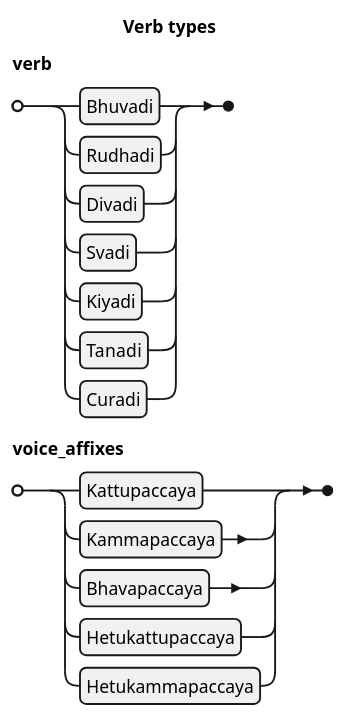
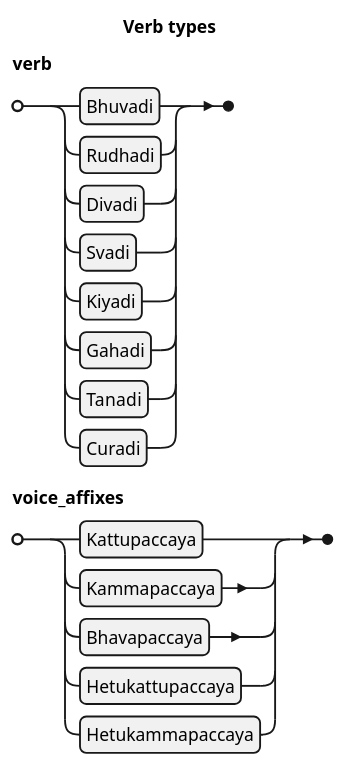
The ninth of 12 diagrams in src/content/docs/Pali Textbook/c-grammar.md (ChristineTham/buddhavacana), drawn with PlantUML before and after one commit. The commit also changed other lines of this file and 52 other files, not shown here.

````diff
--- a/src/content/docs/Pali Textbook/c-grammar.md
+++ b/src/content/docs/Pali Textbook/c-grammar.md
@@ -183,7 +183,7 @@
 ```plantuml
 @startebnf
 title Verb types
-verb = Bhuvadi | Rudhadi | Divadi | Svadi | Kiyadi| Tanadi | Curadi;
+verb = Bhuvadi | Rudhadi | Divadi | Svadi | Kiyadi | Gahadi | Tanadi | Curadi;
 voice_affixes = Kattupaccaya | Kammapaccaya | Bhavapaccaya | Hetukattupaccaya | Hetukammapaccaya;
 @endebnf
 ```
````
